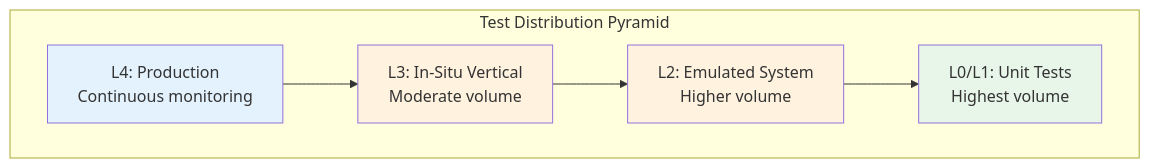
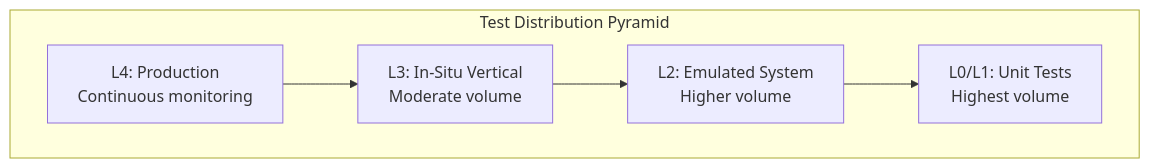
One commit to ready-to-release/eac changed the second of 2 diagrams in docs/explanation/continuous-delivery/testing/testing-strategy-overview.md. Above: the diagram before and after it, drawn with Mermaid. The commit also changed other lines of this file and 28 other files, not shown here.

````diff
--- a/docs/explanation/continuous-delivery/testing/testing-strategy-overview.md
+++ b/docs/explanation/continuous-delivery/testing/testing-strategy-overview.md
@@ -106,18 +100,14 @@
 ```mermaid
 flowchart TB
     subgraph Pyramid["Test Distribution Pyramid"]
         L4_Count["L4: Production<br/>Continuous monitoring"]
         L3_Count["L3: In-Situ Vertical<br/>Moderate volume"]
         L2_Count["L2: Emulated System<br/>Higher volume"]
         L1_L0["L0/L1: Unit Tests<br/>Highest volume"]
     end
 
     L4_Count --> L3_Count
     L3_Count --> L2_Count
     L2_Count --> L1_L0
 
-    style L4_Count fill:#e3f2fd
-    style L3_Count fill:#fff3e0
-    style L2_Count fill:#fff3e0
-    style L1_L0 fill:#e8f5e9
 ```
````
